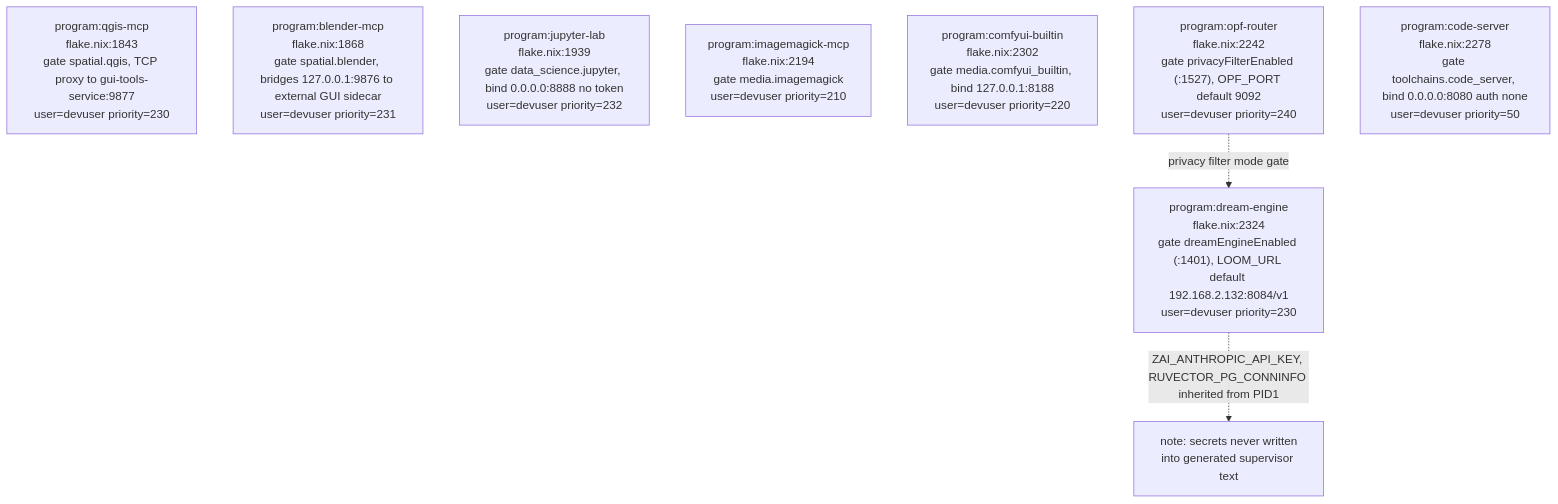
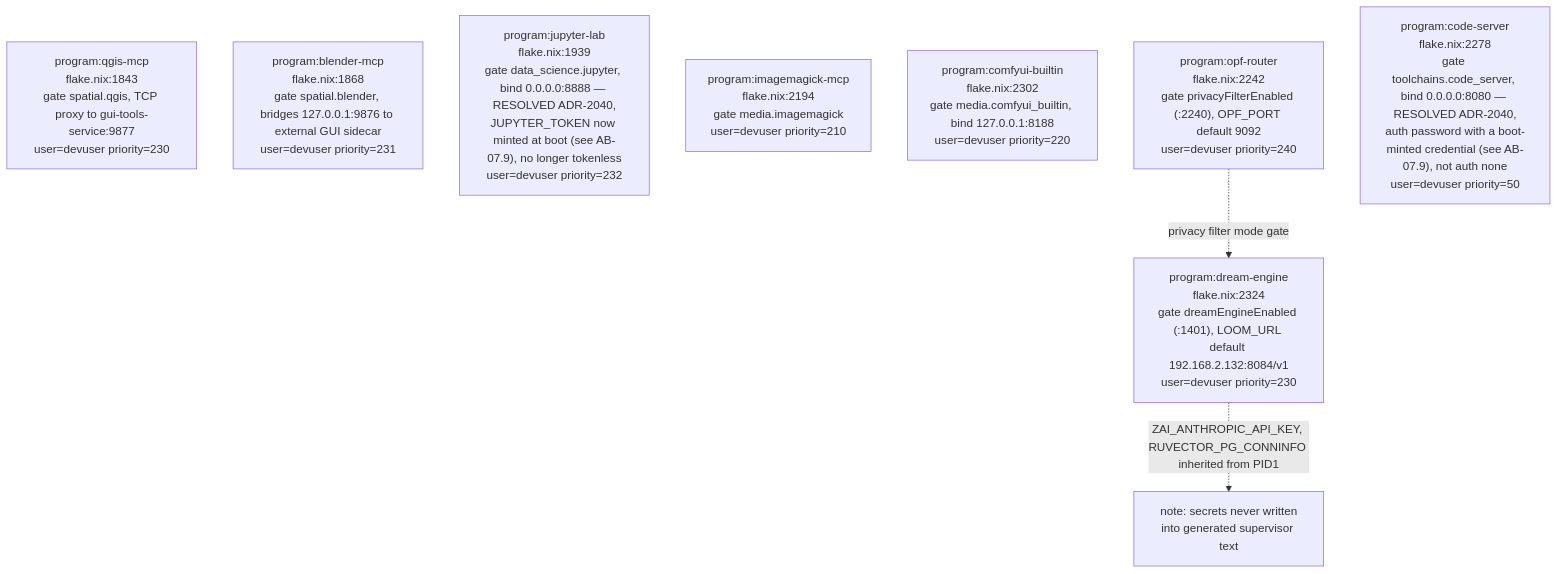
Before and after one commit to DreamLab-AI/VisionFlow: the sixth of 21 diagrams in docs/diagrams/agentbox/02-boot-sequence-and-readiness.md, drawn with Mermaid. The commit also changed other lines of this file and 52 other files, not shown here.

First line of the commit message:
docs(diagrams): wave 3 checkpoint — bare line refs resolved, revision-pinned cite-check, VC-05/AB-01..13 re-attested

````diff
--- a/docs/diagrams/agentbox/02-boot-sequence-and-readiness.md
+++ b/docs/diagrams/agentbox/02-boot-sequence-and-readiness.md
@@ -224,14 +225,14 @@
 ```mermaid
 flowchart TB
     QGIS["program:qgis-mcp<br/>flake.nix:1843<br/>gate spatial.qgis, TCP proxy to gui-tools-service:9877<br/>user=devuser priority=230"]
     BLEND["program:blender-mcp<br/>flake.nix:1868<br/>gate spatial.blender, bridges 127.0.0.1:9876 to external GUI sidecar<br/>user=devuser priority=231"]
-    JLAB["program:jupyter-lab<br/>flake.nix:1939<br/>gate data_science.jupyter, bind 0.0.0.0:8888 no token<br/>user=devuser priority=232"]
+    JLAB["program:jupyter-lab<br/>flake.nix:1939<br/>gate data_science.jupyter, bind 0.0.0.0:8888 — RESOLVED ADR-2040,<br/>JUPYTER_TOKEN now minted at boot (see AB-07.9), no longer tokenless<br/>user=devuser priority=232"]
     IMGM["program:imagemagick-mcp<br/>flake.nix:2194<br/>gate media.imagemagick<br/>user=devuser priority=210"]
     COMFY["program:comfyui-builtin<br/>flake.nix:2302<br/>gate media.comfyui_builtin, bind 127.0.0.1:8188<br/>user=devuser priority=220"]
-    OPF["program:opf-router<br/>flake.nix:2242<br/>gate privacyFilterEnabled (:1527), OPF_PORT default 9092<br/>user=devuser priority=240"]
+    OPF["program:opf-router<br/>flake.nix:2242<br/>gate privacyFilterEnabled (:2240), OPF_PORT default 9092<br/>user=devuser priority=240"]
     DREAM["program:dream-engine<br/>flake.nix:2324<br/>gate dreamEngineEnabled (:1401), LOOM_URL default 192.168.2.132:8084/v1<br/>user=devuser priority=230"]
-    CODES["program:code-server<br/>flake.nix:2278<br/>gate toolchains.code_server, bind 0.0.0.0:8080 auth none<br/>user=devuser priority=50"]
+    CODES["program:code-server<br/>flake.nix:2278<br/>gate toolchains.code_server, bind 0.0.0.0:8080 — RESOLVED ADR-2040,<br/>auth password with a boot-minted credential (see AB-07.9), not auth none<br/>user=devuser priority=50"]
 
     OPF -.->|"privacy filter mode gate"| DREAM
     DREAM -.->|"ZAI_ANTHROPIC_API_KEY, RUVECTOR_PG_CONNINFO inherited from PID1"| RVNOTE["note: secrets never written<br/>into generated supervisor text"]
 ```
````
